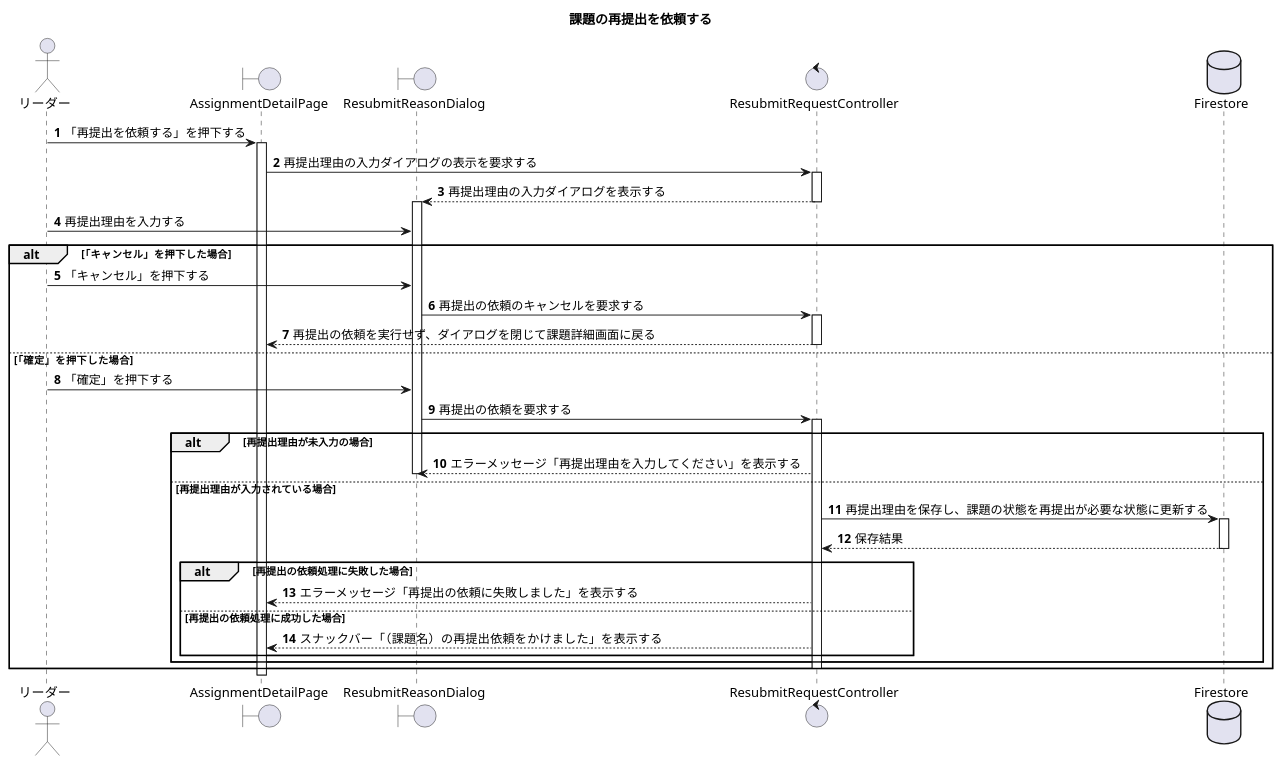
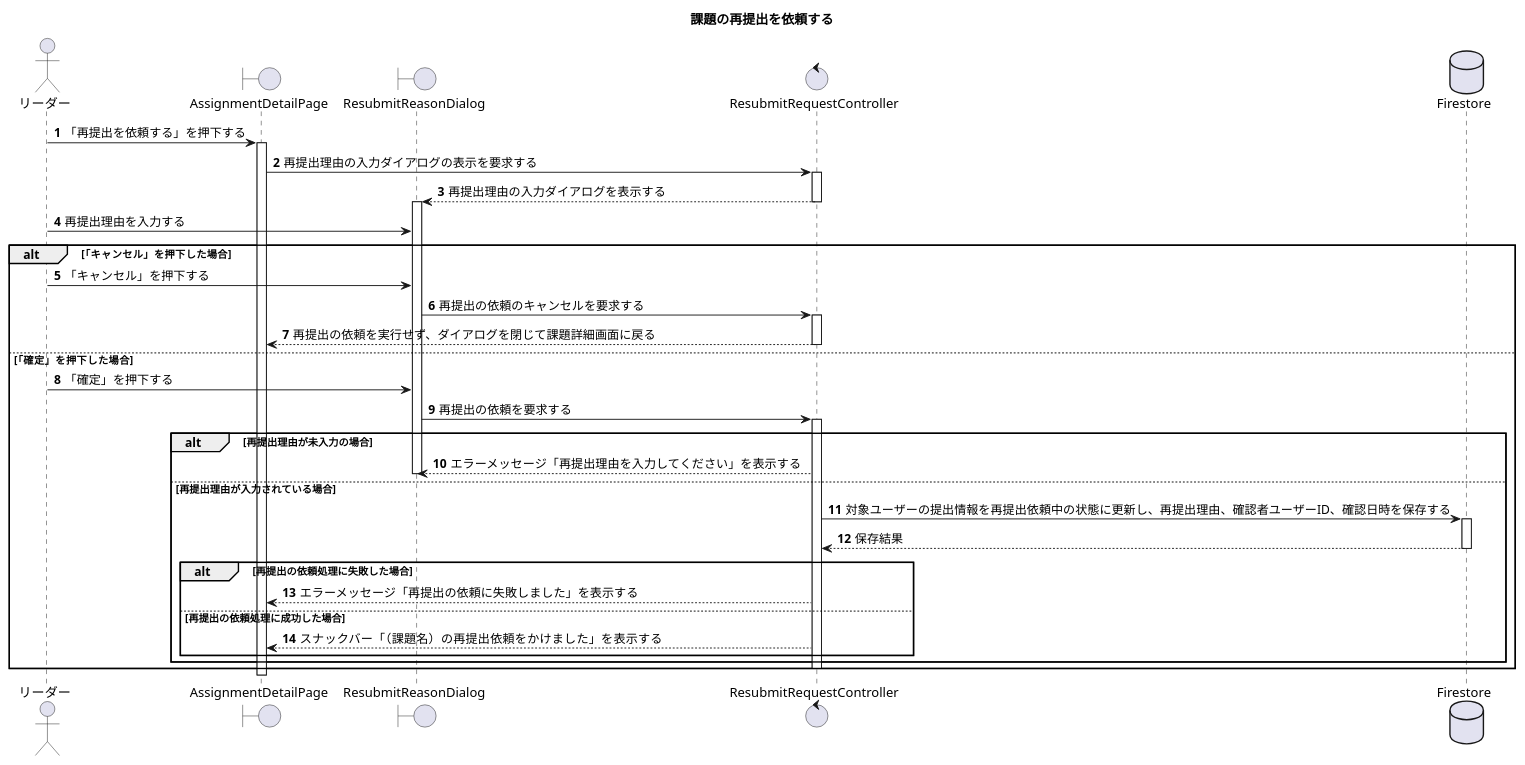
The diagram in sequense/28.resubmit_task.pu (FujikawaHirono0520/teamA_graduation), drawn with PlantUML before and after one commit. The commit also changed 2 other files, not shown here.

Commit message:
シーケンス図変更

```diff
--- a/sequense/28.resubmit_task.pu
+++ b/sequense/28.resubmit_task.pu
@@ -1,48 +1,48 @@
 @startuml 課題の再提出を依頼する
 title 課題の再提出を依頼する
 autonumber
 
 actor リーダー as Leader
 boundary AssignmentDetailPage
 boundary ResubmitReasonDialog
 control ResubmitRequestController
 database Firestore
 
 Leader -> AssignmentDetailPage : 「再提出を依頼する」を押下する
 activate AssignmentDetailPage
 AssignmentDetailPage -> ResubmitRequestController : 再提出理由の入力ダイアログの表示を要求する
 activate ResubmitRequestController
 ResubmitRequestController --> ResubmitReasonDialog : 再提出理由の入力ダイアログを表示する
 deactivate ResubmitRequestController
 activate ResubmitReasonDialog
 
 Leader -> ResubmitReasonDialog : 再提出理由を入力する
 
 alt 「キャンセル」を押下した場合
     Leader -> ResubmitReasonDialog : 「キャンセル」を押下する
     ResubmitReasonDialog -> ResubmitRequestController : 再提出の依頼のキャンセルを要求する
     activate ResubmitRequestController
     ResubmitRequestController --> AssignmentDetailPage : 再提出の依頼を実行せず、ダイアログを閉じて課題詳細画面に戻る
     deactivate ResubmitRequestController
 else 「確定」を押下した場合
     Leader -> ResubmitReasonDialog : 「確定」を押下する
     ResubmitReasonDialog -> ResubmitRequestController : 再提出の依頼を要求する
     activate ResubmitRequestController
     alt 再提出理由が未入力の場合
         ResubmitRequestController --> ResubmitReasonDialog : エラーメッセージ「再提出理由を入力してください」を表示する
         deactivate ResubmitReasonDialog
     else 再提出理由が入力されている場合
-        ResubmitRequestController -> Firestore : 再提出理由を保存し、課題の状態を再提出が必要な状態に更新する
+        ResubmitRequestController -> Firestore : 対象ユーザーの提出情報を再提出依頼中の状態に更新し、再提出理由、確認者ユーザーID、確認日時を保存する
         activate Firestore
         return 保存結果
         alt 再提出の依頼処理に失敗した場合
             ResubmitRequestController --> AssignmentDetailPage : エラーメッセージ「再提出の依頼に失敗しました」を表示する
         else 再提出の依頼処理に成功した場合
             ResubmitRequestController --> AssignmentDetailPage : スナックバー「（課題名）の再提出依頼をかけました」を表示する
         end
     end
     deactivate ResubmitRequestController
 end
 deactivate ResubmitReasonDialog
 deactivate AssignmentDetailPage
 @enduml
```
